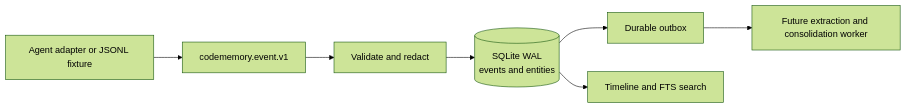
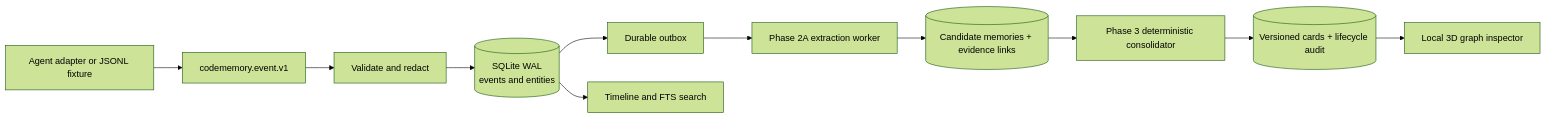
The diagram in README.md (sixsixla/codeSementicMemory), drawn with Mermaid (forest theme) before and after one commit. The commit also changed other lines of this file and 40 other files, not shown here.

````diff
--- a/README.md
+++ b/README.md
@@ -32,9 +50,13 @@
 ```mermaid
 flowchart LR
     A[Agent adapter or JSONL fixture] --> B[codememory.event.v1]
     B --> C[Validate and redact]
     C --> D[(SQLite WAL<br/>events and entities)]
     D --> E[Durable outbox]
     D --> F[Timeline and FTS search]
-    E --> G[Future extraction and consolidation worker]
+    E --> G[Phase 2A extraction worker]
+    G --> H[(Candidate memories + evidence links)]
+    H --> I[Phase 3 deterministic consolidator]
+    I --> J[(Versioned cards + lifecycle audit)]
+    J --> K[Local 3D graph inspector]
 ```
````
